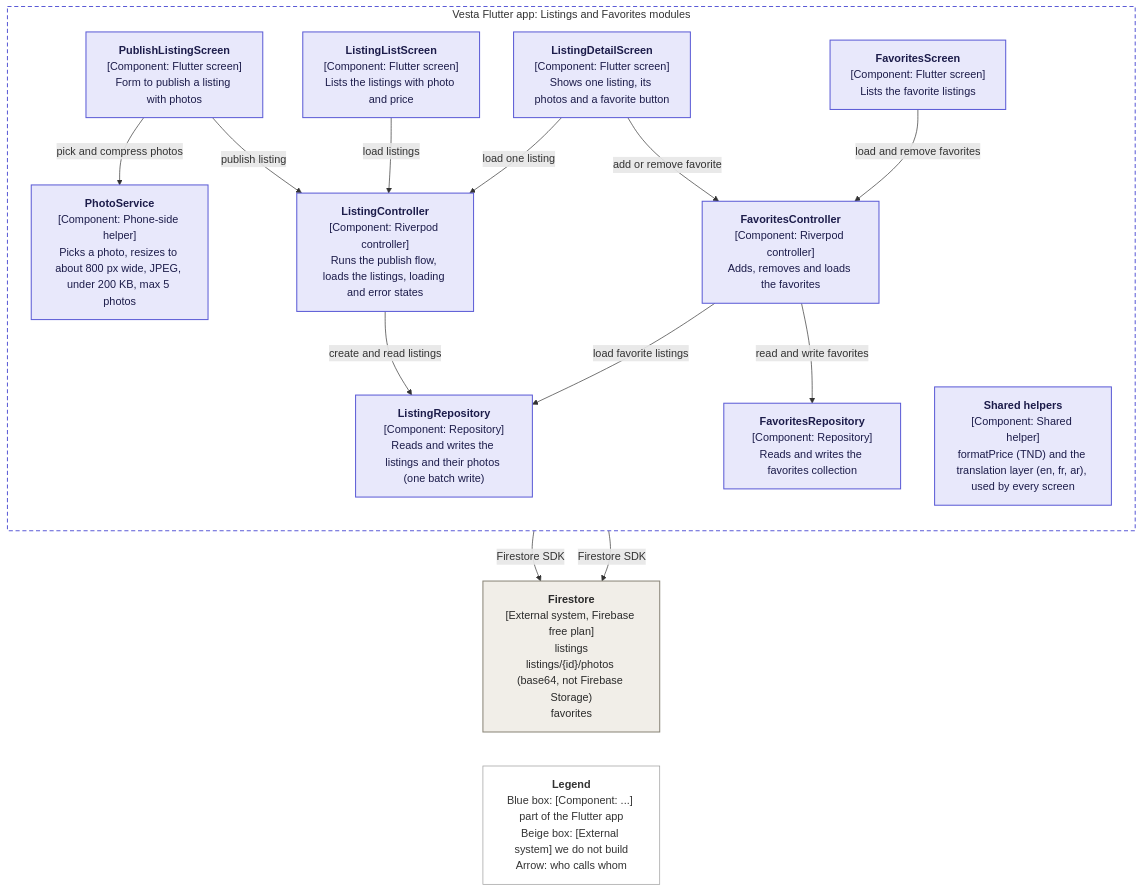
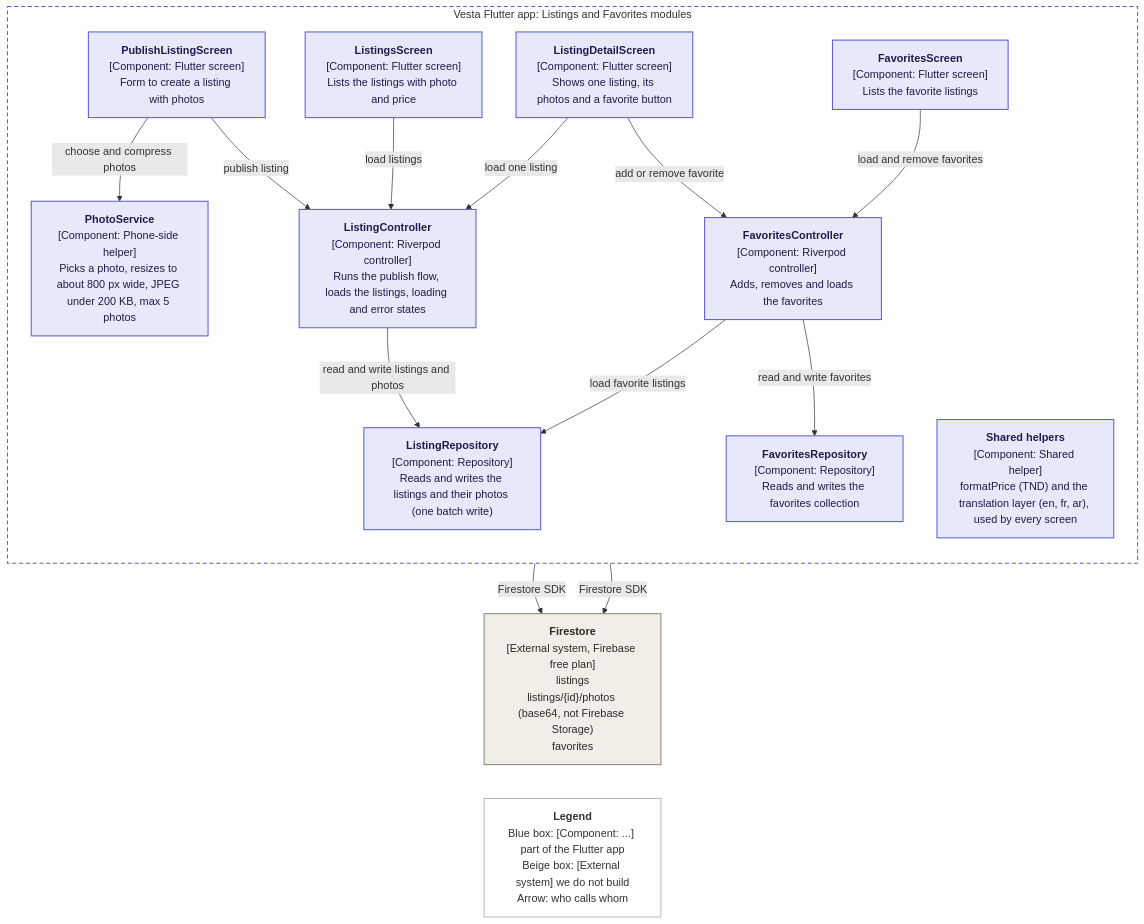
The diagram in docs/c4/level3-listings-favorites.mmd (manar09-code/vesta), drawn with Mermaid before and after one commit. The commit also changed 4 other files, not shown here.

Commit message:
docs(c4): add PhotoService to auth/profile, rename ListingsScreen, merge photo helpers [VST-28]

```diff
--- a/docs/c4/level3-listings-favorites.mmd
+++ b/docs/c4/level3-listings-favorites.mmd
@@ -1,46 +1,46 @@
 %% C4 level 3: Listings and Favorites components of the Flutter app (VST-28)
 %% Rule: Screen -> Controller -> Repository -> Firebase. A screen never talks to Firebase directly.
 flowchart TB
   subgraph APP["Vesta Flutter app: Listings and Favorites modules"]
     direction TB
-    PublishScreen["<b>PublishListingScreen</b><br/>[Component: Flutter screen]<br/>Form to publish a listing with photos"]
-    ListScreen["<b>ListingListScreen</b><br/>[Component: Flutter screen]<br/>Lists the listings with photo and price"]
+    PublishScreen["<b>PublishListingScreen</b><br/>[Component: Flutter screen]<br/>Form to create a listing with photos"]
+    ListScreen["<b>ListingsScreen</b><br/>[Component: Flutter screen]<br/>Lists the listings with photo and price"]
     DetailScreen["<b>ListingDetailScreen</b><br/>[Component: Flutter screen]<br/>Shows one listing, its photos and a favorite button"]
     FavScreen["<b>FavoritesScreen</b><br/>[Component: Flutter screen]<br/>Lists the favorite listings"]
     Shared["<b>Shared helpers</b><br/>[Component: Shared helper]<br/>formatPrice (TND) and the translation layer (en, fr, ar), used by every screen"]
 
-    Photo["<b>PhotoService</b><br/>[Component: Phone-side helper]<br/>Picks a photo, resizes to about 800 px wide, JPEG, under 200 KB, max 5 photos"]
+    Photo["<b>PhotoService</b><br/>[Component: Phone-side helper]<br/>Picks a photo, resizes to about 800 px wide, JPEG under 200 KB, max 5 photos"]
     ListC["<b>ListingController</b><br/>[Component: Riverpod controller]<br/>Runs the publish flow, loads the listings, loading and error states"]
     FavC["<b>FavoritesController</b><br/>[Component: Riverpod controller]<br/>Adds, removes and loads the favorites"]
 
     ListR["<b>ListingRepository</b><br/>[Component: Repository]<br/>Reads and writes the listings and their photos (one batch write)"]
     FavR["<b>FavoritesRepository</b><br/>[Component: Repository]<br/>Reads and writes the favorites collection"]
   end
 
   FStore["<b>Firestore</b><br/>[External system, Firebase free plan]<br/>listings<br/>listings/{id}/photos (base64, not Firebase Storage)<br/>favorites"]
 
   Legend["<b>Legend</b><br/>Blue box: [Component: ...] part of the Flutter app<br/>Beige box: [External system] we do not build<br/>Arrow: who calls whom"]
 
-  PublishScreen -->|"pick and compress photos"| Photo
+  PublishScreen -->|"choose and compress photos"| Photo
   PublishScreen -->|"publish listing"| ListC
   ListScreen -->|"load listings"| ListC
   DetailScreen -->|"load one listing"| ListC
   DetailScreen -->|"add or remove favorite"| FavC
   FavScreen -->|"load and remove favorites"| FavC
 
-  ListC -->|"create and read listings"| ListR
+  ListC -->|"read and write listings and photos"| ListR
   FavC -->|"load favorite listings"| ListR
   FavC -->|"read and write favorites"| FavR
 
   ListR -->|"Firestore SDK"| FStore
   FavR -->|"Firestore SDK"| FStore
 
   FStore ~~~ Legend
 
   classDef component fill:#e8e8fb,stroke:#5b5bd6,stroke-width:1.5px,color:#1c1c4a;
   classDef external fill:#f1eee8,stroke:#8a8578,stroke-width:1.5px,color:#2a2a2a;
   classDef legend fill:#ffffff,stroke:#999999,stroke-width:1px,color:#333333;
   class ListScreen,DetailScreen,PublishScreen,FavScreen,Photo,ListC,FavC,ListR,FavR,Shared component;
   class FStore external;
   class Legend legend;
   style APP fill:#ffffff,stroke:#5b5bd6,stroke-width:1.5px,stroke-dasharray:6 4;
```
